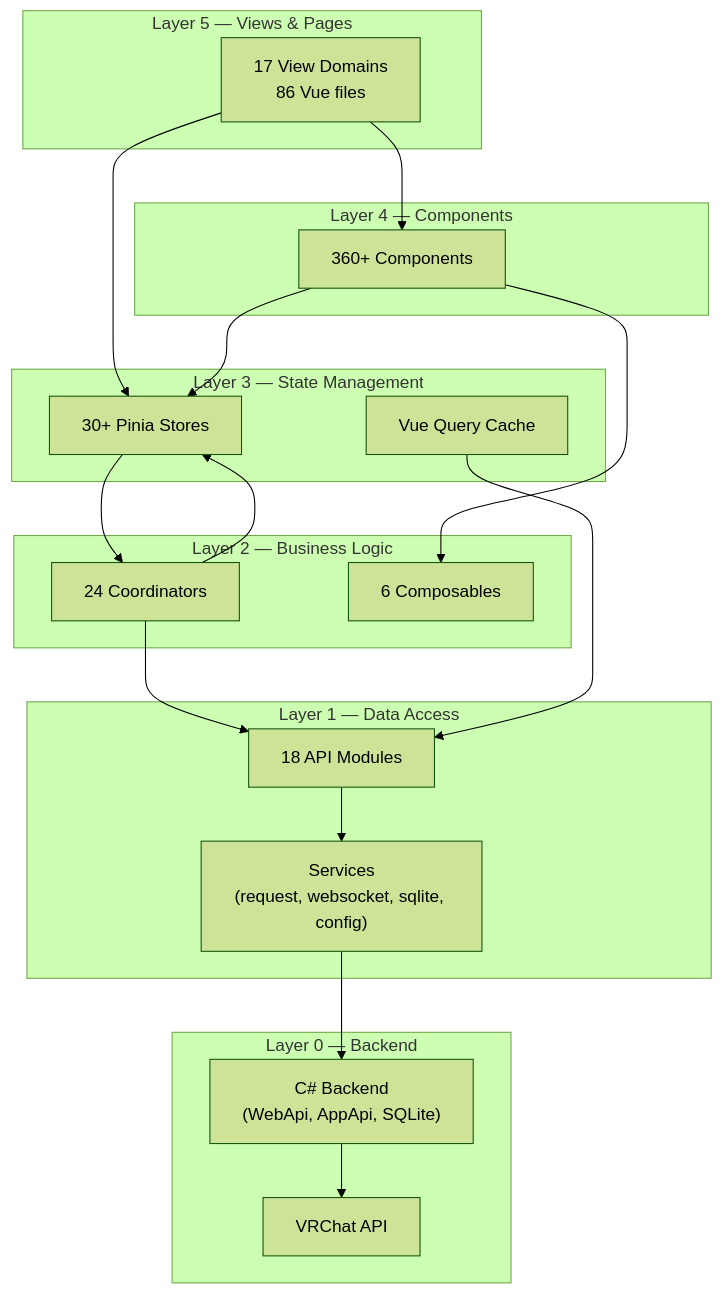
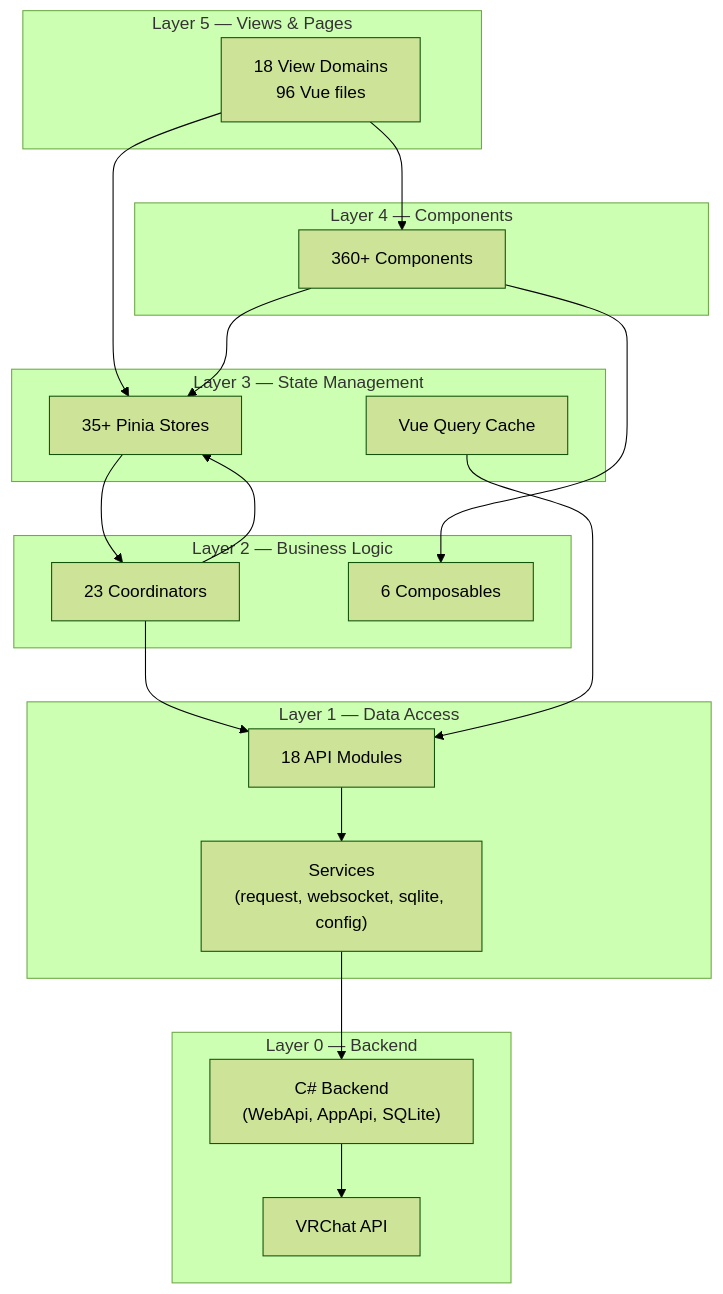
Before and after one commit to Map1en/vrcx-docs: the first of 2 diagrams in en/architecture/overview.md, drawn with Mermaid (forest theme). The commit also changed other lines of this file and 17 other files, not shown here.

````diff
--- a/en/architecture/overview.md
+++ b/en/architecture/overview.md
@@ -20,42 +20,42 @@
 ```mermaid
 graph TD
     subgraph Layer5["Layer 5 — Views & Pages"]
-        Views["17 View Domains<br/>86 Vue files"]
+        Views["18 View Domains<br/>96 Vue files"]
     end
 
     subgraph Layer4["Layer 4 — Components"]
         Components["360+ Components"]
     end
 
     subgraph Layer3["Layer 3 — State Management"]
-        Stores["30+ Pinia Stores"]
+        Stores["35+ Pinia Stores"]
         Queries["Vue Query Cache"]
     end
 
     subgraph Layer2["Layer 2 — Business Logic"]
-        Coordinators["24 Coordinators"]
+        Coordinators["23 Coordinators"]
         Composables["6 Composables"]
     end
 
     subgraph Layer1["Layer 1 — Data Access"]
         API["18 API Modules"]
         Services["Services<br/>(request, websocket, sqlite, config)"]
     end
 
     subgraph Layer0["Layer 0 — Backend"]
         CSharp["C# Backend<br/>(WebApi, AppApi, SQLite)"]
         VRChatAPI["VRChat API"]
     end
 
     Views --> Components
     Views --> Stores
     Components --> Stores
     Components --> Composables
     Stores --> Coordinators
     Coordinators --> Stores
     Coordinators --> API
     Queries --> API
     API --> Services
     Services --> CSharp
     CSharp --> VRChatAPI
 ```
````
